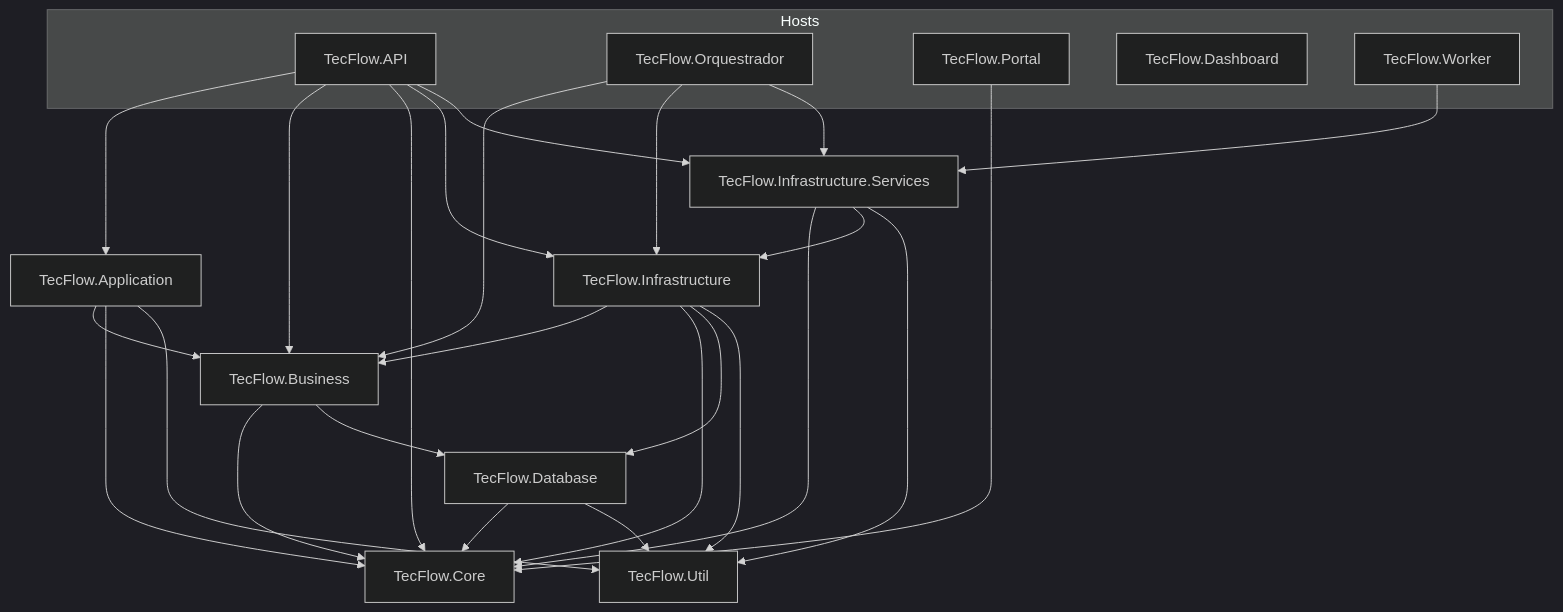
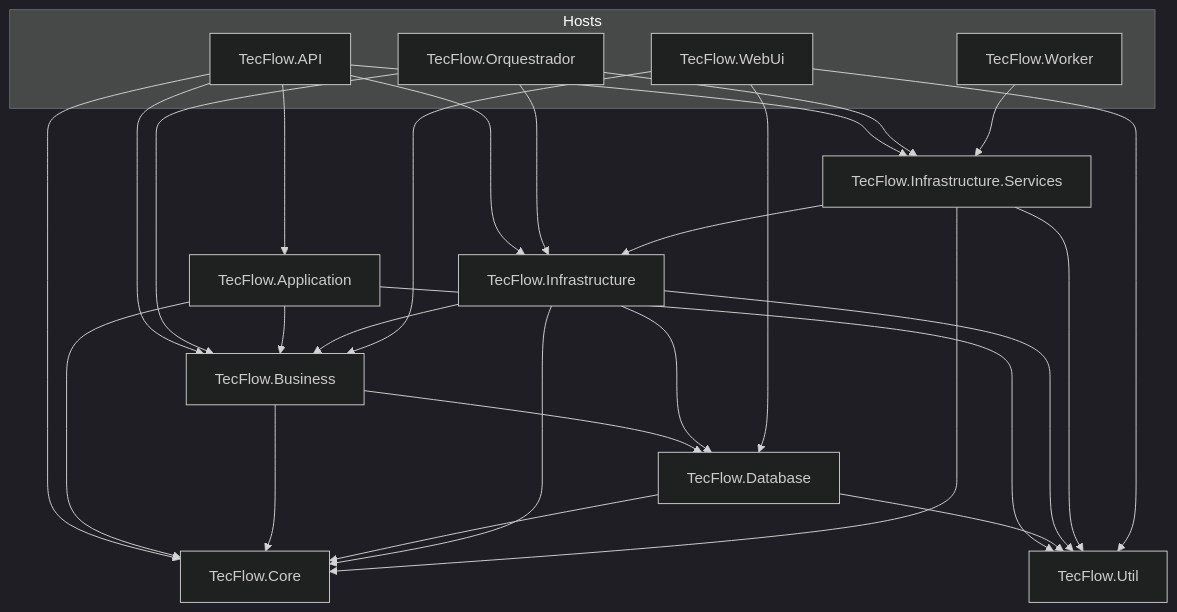
Before and after one commit to ronyaraujodeveloper/TecFlow: the first of 2 diagrams in docs/DIAGRAMAS_ARQUITETURA.md, drawn with Mermaid (dark theme). The commit also changed other lines of this file and 130 other files, not shown here.

Commit message:
migração do portal para webUI

````diff
--- a/docs/DIAGRAMAS_ARQUITETURA.md
+++ b/docs/DIAGRAMAS_ARQUITETURA.md
@@ -95,42 +93,43 @@
 ```mermaid
 flowchart TB
   subgraph hosts [Hosts]
     API[TecFlow.API]
     ORQ[TecFlow.Orquestrador]
-    POR[TecFlow.Portal]
-    DASH[TecFlow.Dashboard]
+    WEBUI[TecFlow.WebUi]
     WRK[TecFlow.Worker]
   end
   APP[TecFlow.Application]
   BUS[TecFlow.Business]
   DB[TecFlow.Database]
   CORE[TecFlow.Core]
   INF[TecFlow.Infrastructure]
   INFSVC[TecFlow.Infrastructure.Services]
   UTIL[TecFlow.Util]
 
   API --> APP
   API --> BUS
   API --> CORE
   API --> INF
   API --> INFSVC
   ORQ --> BUS
   ORQ --> INF
   ORQ --> INFSVC
   APP --> BUS
   APP --> CORE
   APP --> UTIL
   BUS --> CORE
   BUS --> DB
   DB --> CORE
   DB --> UTIL
   INF --> BUS
   INF --> CORE
   INF --> DB
   INF --> UTIL
   INFSVC --> CORE
   INFSVC --> INF
   INFSVC --> UTIL
-  POR --> CORE
+  WEBUI --> BUS
+  WEBUI --> DB
+  WEBUI --> UTIL
   WRK --> INFSVC
 ```
````
